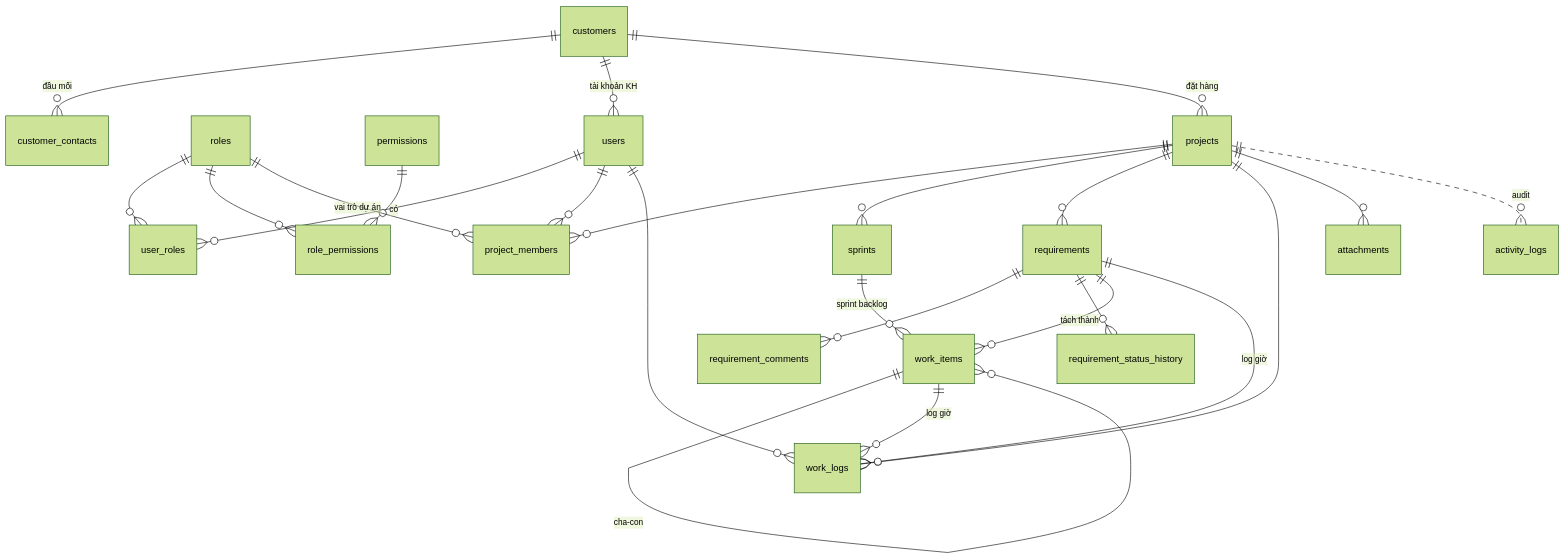
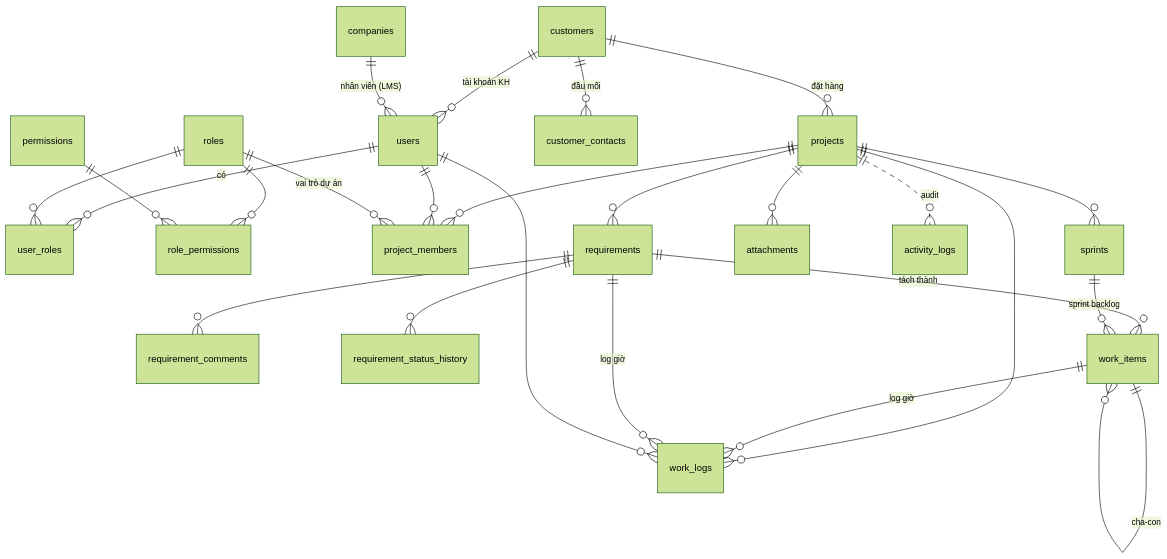
One commit to DoanThaiA/project_manager changed the diagram in docs/DATABASE.md. Above: the diagram before and after it, drawn with Mermaid (forest theme). The commit also changed other lines of this file and 27 other files, not shown here.

````diff
--- a/docs/DATABASE.md
+++ b/docs/DATABASE.md
@@ -7,26 +7,27 @@
 ```mermaid
 erDiagram
     users ||--o{ user_roles : "có"
     roles ||--o{ user_roles : ""
     roles ||--o{ role_permissions : ""
     permissions ||--o{ role_permissions : ""
     customers ||--o{ customer_contacts : "đầu mối"
     customers ||--o{ users : "tài khoản KH"
+    companies ||--o{ users : "nhân viên (LMS)"
     customers ||--o{ projects : "đặt hàng"
     projects ||--o{ project_members : ""
     users ||--o{ project_members : ""
     roles ||--o{ project_members : "vai trò dự án"
     projects ||--o{ sprints : ""
     projects ||--o{ requirements : ""
     requirements ||--o{ requirement_comments : ""
     requirements ||--o{ requirement_status_history : ""
     requirements ||--o{ work_items : "tách thành"
     sprints ||--o{ work_items : "sprint backlog"
     work_items ||--o{ work_items : "cha-con"
     projects ||--o{ work_logs : ""
     work_items ||--o{ work_logs : "log giờ"
     requirements ||--o{ work_logs : "log giờ"
     users ||--o{ work_logs : ""
     projects ||--o{ attachments : ""
     projects ||..o{ activity_logs : "audit"
 ```
````
